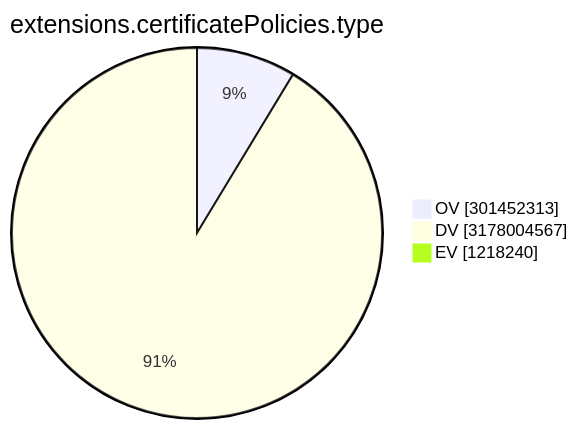
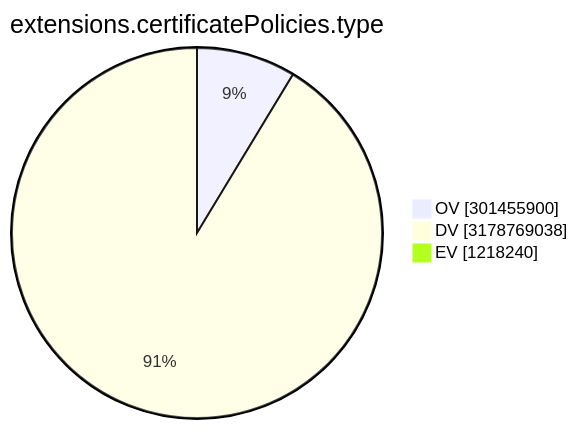
One commit to christiankrug/ctmonitor_visualization changed the ninth of 15 diagrams in TOTAL/README.md. Above: the diagram before and after it, drawn with Mermaid. The commit also changed other lines of this file, not shown here.

````diff
--- a/TOTAL/README.md
+++ b/TOTAL/README.md
@@ -3106,7 +3106,7 @@
 ```mermaid
 pie showData
 title extensions.certificatePolicies.type
-"OV" :301452313
-"DV" :3178004567
+"OV" :301455900
+"DV" :3178769038
 "EV" :1218240
 ```
````
